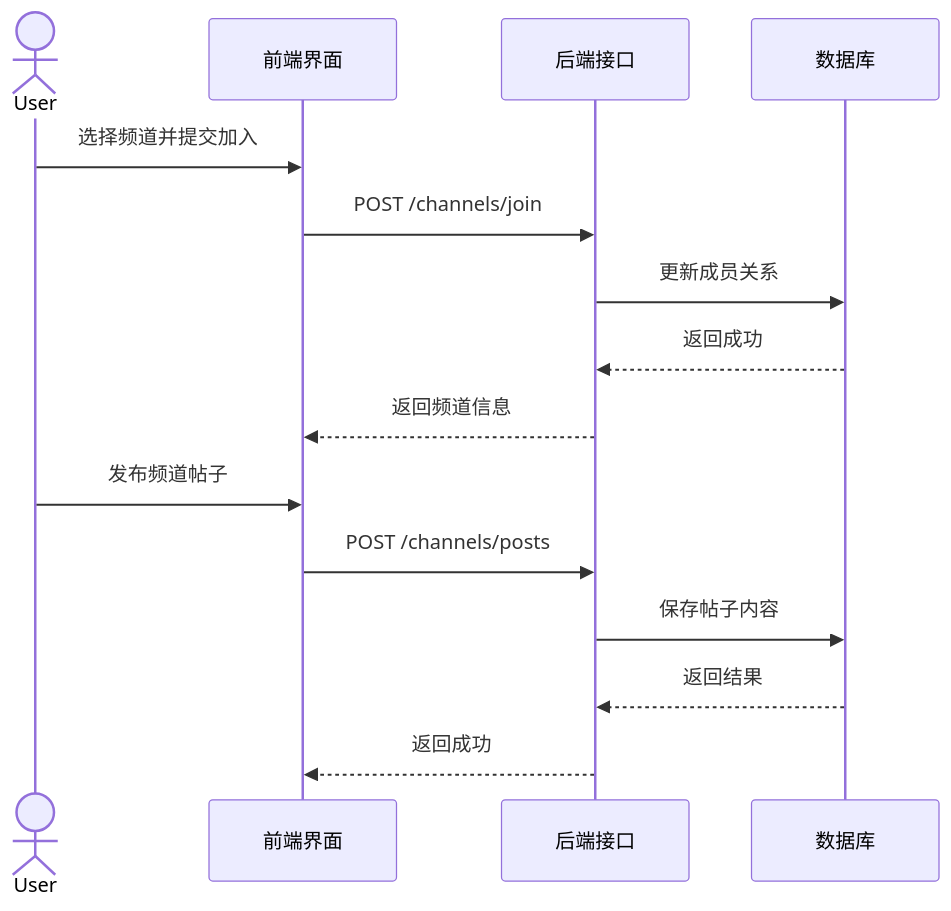
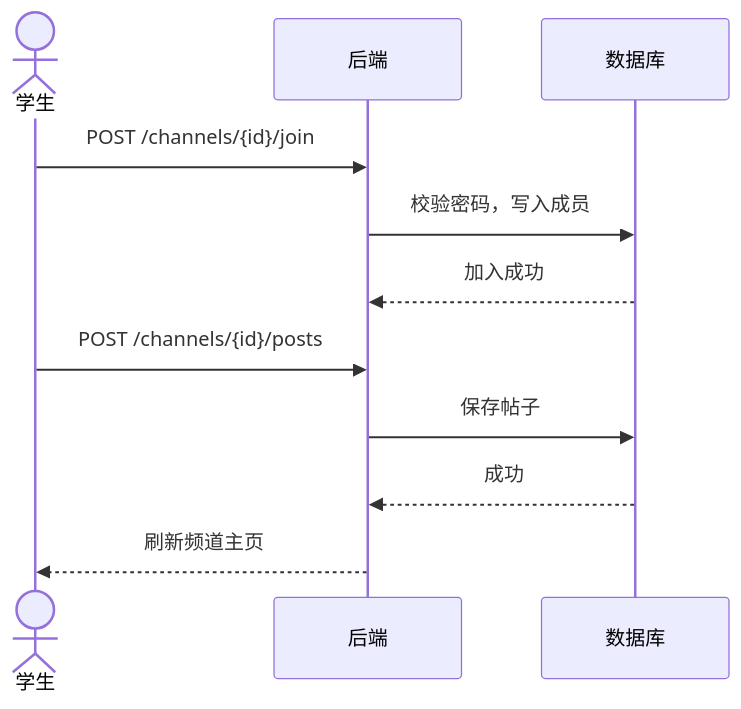
Diagram 14 of 20 in WHU_Circle_需求建模文档.md (oliviawxx/whucircle), drawn with Mermaid before and after one commit. The commit also changed other lines of this file and 21 other files, not shown here.

````diff
--- a/WHU_Circle_需求建模文档.md
+++ b/WHU_Circle_需求建模文档.md
@@ -152,18 +405,14 @@
 ```mermaid
 sequenceDiagram
-actor User
-participant UI as 前端界面
-participant API as 后端接口
-participant DB as 数据库
+    actor U as 学生
+    participant BE as 后端
+    participant DB as 数据库
 
-User->>UI: 选择频道并提交加入
-UI->>API: POST /channels/join
-API->>DB: 更新成员关系
-DB-->>API: 返回成功
-API-->>UI: 返回频道信息
-User->>UI: 发布频道帖子
-UI->>API: POST /channels/posts
-API->>DB: 保存帖子内容
-DB-->>API: 返回结果
-API-->>UI: 返回成功
+    U->>BE: POST /channels/{id}/join
+    BE->>DB: 校验密码，写入成员
+    DB-->>BE: 加入成功
+    U->>BE: POST /channels/{id}/posts
+    BE->>DB: 保存帖子
+    DB-->>BE: 成功
+    BE-->>U: 刷新频道主页
 ```
````
